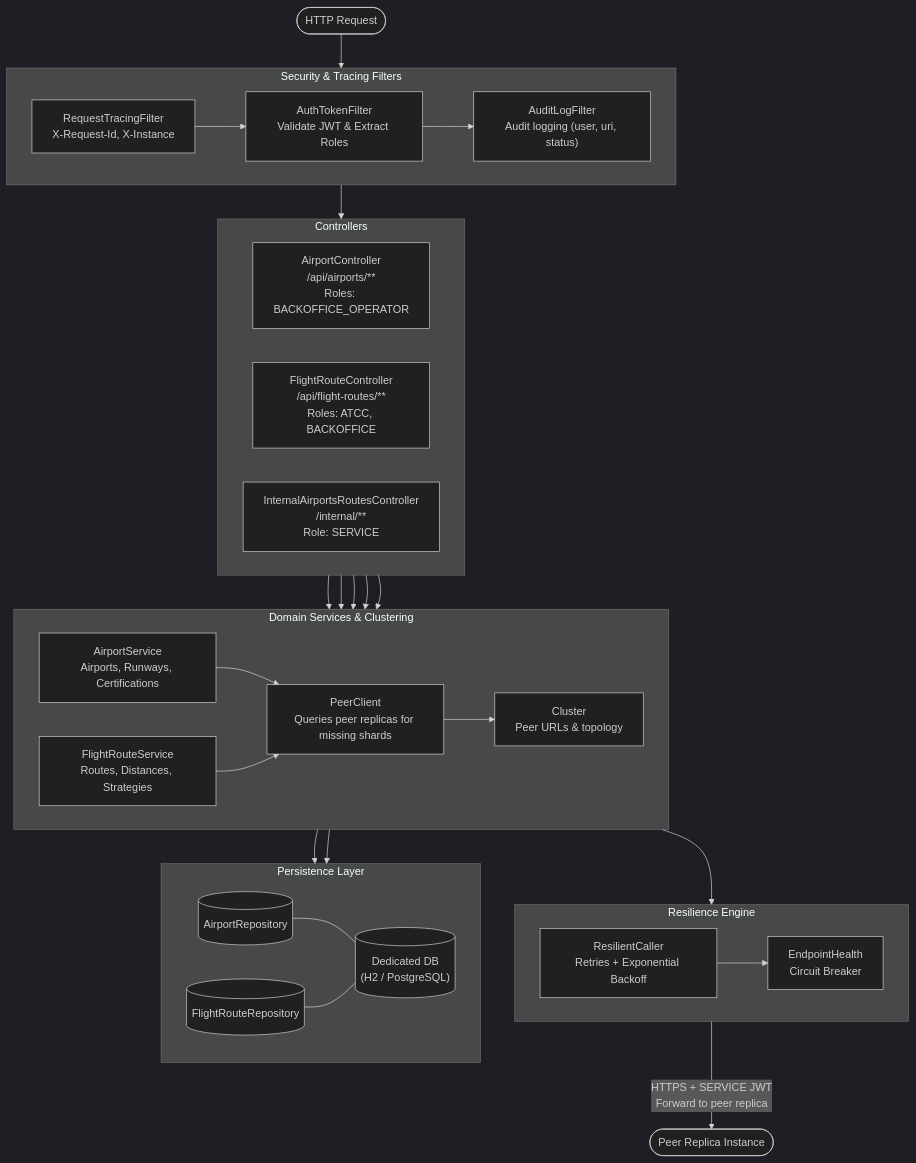
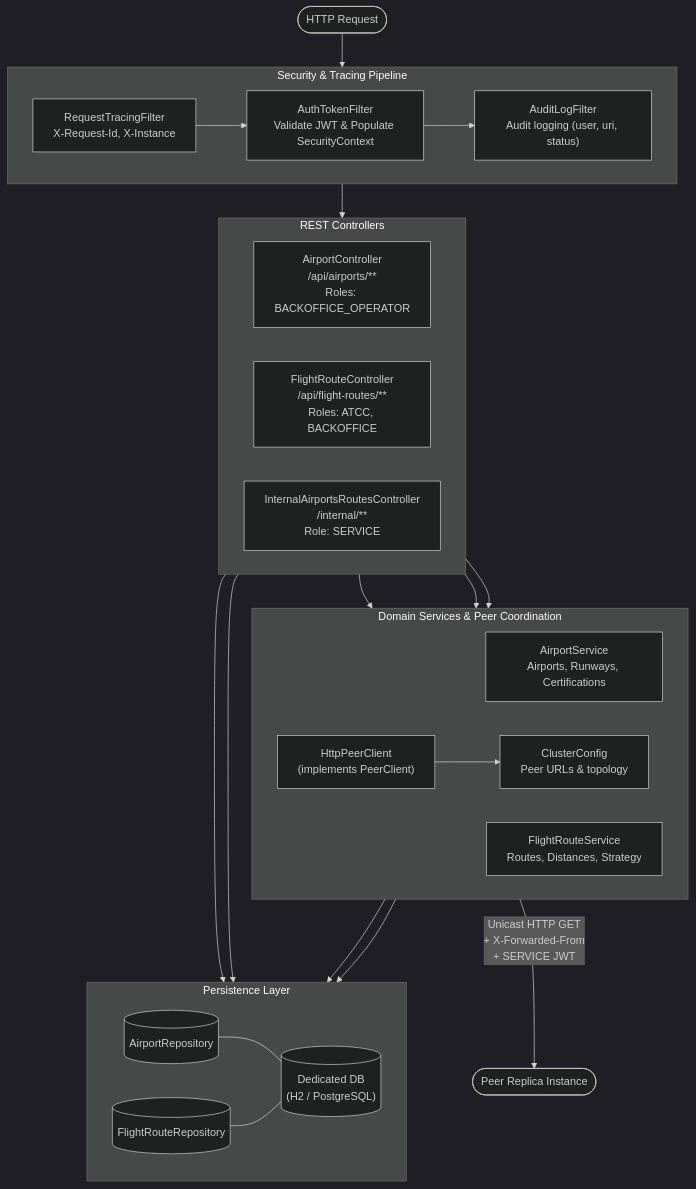
Before and after one commit to ImJay1527/airports-routes-service: the second of 5 diagrams in docs/architecture.md, drawn with Mermaid (dark theme). The commit also changed other lines of this file and 7 other files, not shown here.

Commit message:
feat: implement unicast peer forwarding with loop prevention, tracing, and C4+1 architecture documentation

````diff
--- a/docs/architecture.md
+++ b/docs/architecture.md
@@ -59,53 +112,45 @@
 ```mermaid
 %% C4 Level 3 Component Diagram
 flowchart TB
     req(["HTTP Request"])
 
-    subgraph F["Security & Tracing Filters"]
+    subgraph Filters["Security & Tracing Pipeline"]
         direction LR
-        f1["RequestTracingFilter<br/>X-Request-Id, X-Instance"] --> f2["AuthTokenFilter<br/>Validate JWT & Extract Roles"] --> f3["AuditLogFilter<br/>Audit logging (user, uri, status)"]
+        f1["RequestTracingFilter<br/>X-Request-Id, X-Instance"] --> f2["AuthTokenFilter<br/>Validate JWT & Populate SecurityContext"] --> f3["AuditLogFilter<br/>Audit logging (user, uri, status)"]
     end
 
-    subgraph C["Controllers"]
+    subgraph Controllers["REST Controllers"]
         direction LR
         c1["AirportController<br/>/api/airports/**<br/>Roles: BACKOFFICE_OPERATOR"]
         c2["FlightRouteController<br/>/api/flight-routes/**<br/>Roles: ATCC, BACKOFFICE"]
         c3["InternalAirportsRoutesController<br/>/internal/**<br/>Role: SERVICE"]
     end
 
-    subgraph S["Domain Services & Clustering"]
+    subgraph Services["Domain Services & Peer Coordination"]
         direction LR
         s1["AirportService<br/>Airports, Runways, Certifications"]
-        s2["FlightRouteService<br/>Routes, Distances, Strategies"]
-        p["PeerClient<br/>Queries peer replicas for missing shards"]
-        cl["Cluster<br/>Peer URLs & topology"]
+        s2["FlightRouteService<br/>Routes, Distances, Strategy"]
+        p["HttpPeerClient<br/>(implements PeerClient)"]
+        cl["ClusterConfig<br/>Peer URLs & topology"]
     end
 
-    subgraph R["Resilience Engine"]
-        direction LR
-        r1["ResilientCaller<br/>Retries + Exponential Backoff"] --> r2["EndpointHealth<br/>Circuit Breaker"]
-    end
-
-    subgraph P["Persistence Layer"]
+    subgraph Persistence["Persistence Layer"]
         direction LR
         repoA[("AirportRepository")]
         repoR[("FlightRouteRepository")]
         db[("Dedicated DB<br/>(H2 / PostgreSQL)")]
         repoA --- db
         repoR --- db
     end
 
-    req --> F --> C
+    req --> Filters --> Controllers
     c1 --> s1
     c2 --> s2
-    c3 --> s1
-    c3 --> s2
+    c3 --> repoA
+    c3 --> repoR
     c3 --> p
     s1 --> repoA
     s2 --> repoR
-    s1 --> p
-    s2 --> p
     p --> cl
-    p --> R
-    R -->|"HTTPS + SERVICE JWT<br/>Forward to peer replica"| peerOut(["Peer Replica Instance"])
+    p -->|"Unicast HTTP GET<br/>+ X-Forwarded-From<br/>+ SERVICE JWT"| peerOut(["Peer Replica Instance"])
 ```
````
